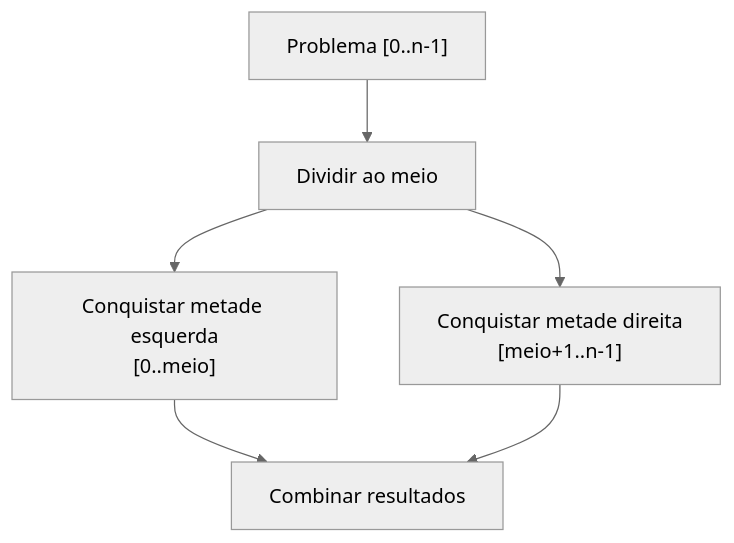
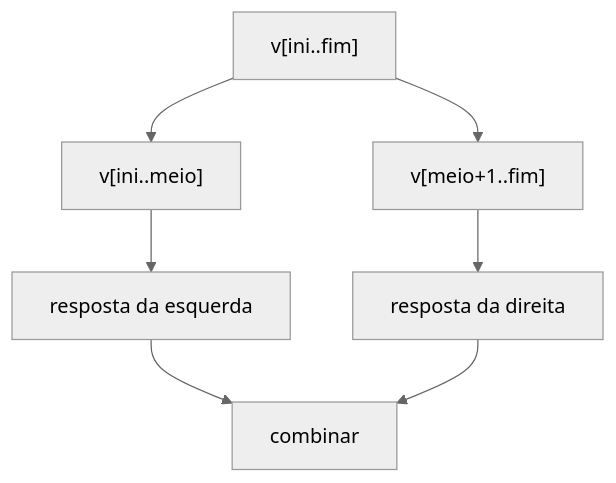
One commit to Lip3Bazinga/v0-level-usp-project changed the diagram in content/cursos/n3-estruturas-de-dados-e-algoritmos/03-recursao-e-divisao-e-conquista/03-divisao-e-conquista.lvl.md. Above: the diagram before and after it, drawn with Mermaid (neutral theme). The commit also changed other lines of this file and 3 other files, not shown here.

````diff
--- a/content/cursos/n3-estruturas-de-dados-e-algoritmos/03-recursao-e-divisao-e-conquista/03-divisao-e-conquista.lvl.md
+++ b/content/cursos/n3-estruturas-de-dados-e-algoritmos/03-recursao-e-divisao-e-conquista/03-divisao-e-conquista.lvl.md
@@ -28,8 +28,9 @@
 ```mermaid
 flowchart TD
-    A["Problema [0..n-1]"] --> B["Dividir ao meio"]
-    B --> C["Conquistar metade esquerda<br/>[0..meio]"]
-    B --> D["Conquistar metade direita<br/>[meio+1..n-1]"]
-    C --> E["Combinar resultados"]
-    D --> E
+    A["v[ini..fim]"] --> B["v[ini..meio]"]
+    A --> C["v[meio+1..fim]"]
+    B --> D["resposta da esquerda"]
+    C --> E["resposta da direita"]
+    D --> F["combinar"]
+    E --> F
 ```
````
